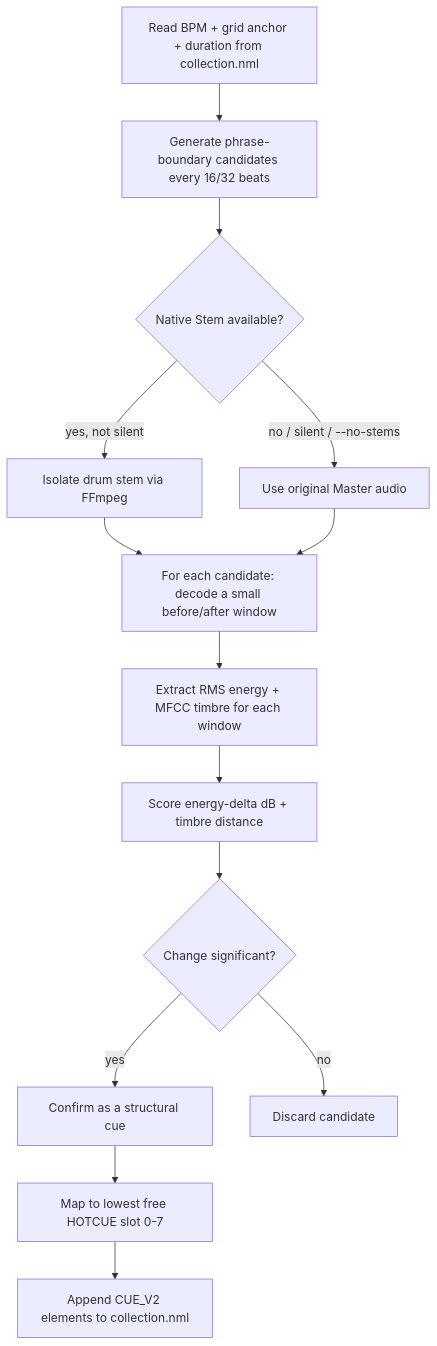
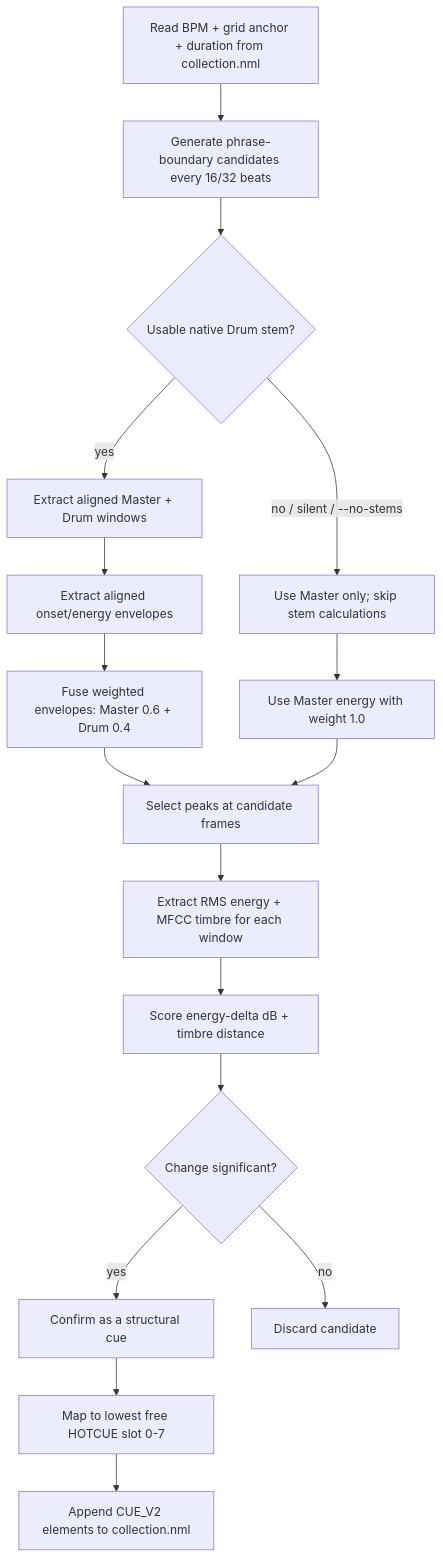
One commit to jesusguzmanjs/arka changed the second of 2 diagrams in README.md. Above: the diagram before and after it, drawn with Mermaid. The commit also changed other lines of this file and 46 other files, not shown here.

````diff
--- a/README.md
+++ b/README.md
@@ -385,16 +389,19 @@
 ```mermaid
 flowchart TD
     A[Read BPM + grid anchor + duration from collection.nml] --> B[Generate phrase-boundary candidates every 16/32 beats]
-    B --> S{Native Stem available?}
-    S -->|yes, not silent| T[Isolate drum stem via FFmpeg]
-    S -->|no / silent / --no-stems| M[Use original Master audio]
-    T --> C[For each candidate: decode a small before/after window]
-    M --> C
+    B --> S{Usable native Drum stem?}
+    S -->|yes| T[Extract aligned Master + Drum windows]
+    S -->|no / silent / --no-stems| M[Use Master only; skip stem calculations]
+    T --> U[Extract aligned onset/energy envelopes]
+    U --> V[Fuse weighted envelopes: Master 0.6 + Drum 0.4]
+    M --> W[Use Master energy with weight 1.0]
+    V --> C[Select peaks at candidate frames]
+    W --> C
     C --> D[Extract RMS energy + MFCC timbre for each window]
     D --> E[Score energy-delta dB + timbre distance]
     E --> F{Change significant?}
     F -->|yes| G[Confirm as a structural cue]
     F -->|no| H[Discard candidate]
     G --> I[Map to lowest free HOTCUE slot 0-7]
     I --> J[Append CUE_V2 elements to collection.nml]
 ```
````
